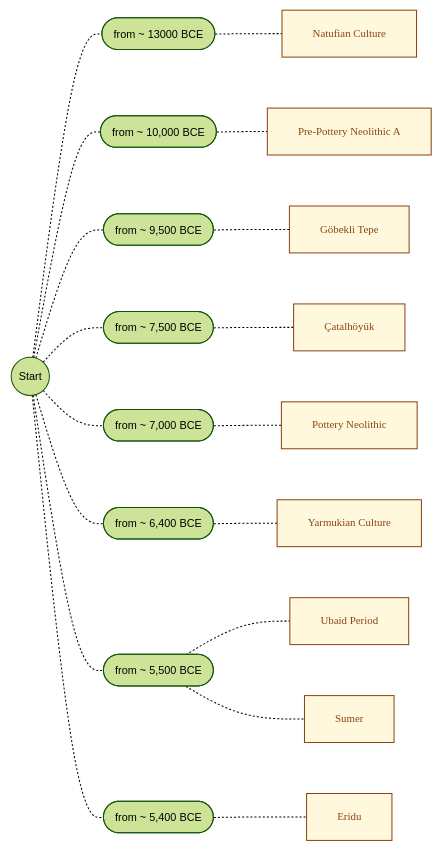
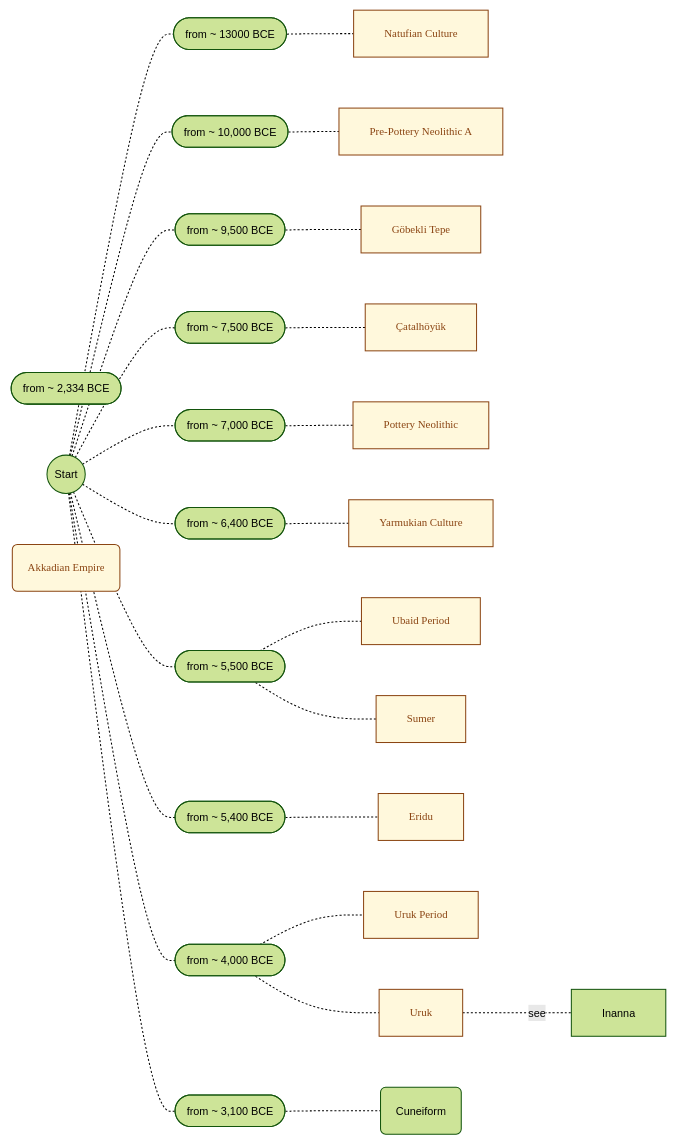
Before and after one commit to joe-dorward/samples: the diagram in 0000_General/mesopotamian_timeline_v1.01.md, drawn with Mermaid. The commit also changed other lines of this file, not shown here.

````diff
--- a/0000_General/mesopotamian_timeline_v1.01.md
+++ b/0000_General/mesopotamian_timeline_v1.01.md
@@ -5,57 +5,75 @@
 ```mermaid
 %%{init: { 'theme':'forest', 'themeVariables': { 'fontSize':'8pt' } }}%%
 flowchart LR
 classDef Note fill:cornsilk, stroke:saddlebrown, color:saddlebrown, font-family:verdana, text-align:left, line-height:150%, margin:0px, padding:0px;
 classDef Note_b fill:cornsilk, stroke:saddlebrown, color:saddlebrown, font-family:verdana, text-align:left, margin:0px, padding:0px, height:40px;
       START(("Start"))
 
       13000([from ~ 13000 BCE])
       NATUFIAN[Natufian Culture]
       click NATUFIAN "https://en.wikipedia.org/wiki/Natufian_culture" _blank
 
       10000([from ~ 10,000 BCE])
       PRE_POTTERY_NEOLITHIC_A[Pre-Pottery Neolithic A]
       click PRE_POTTERY_NEOLITHIC_A "https://en.wikipedia.org/wiki/Pre-Pottery_Neolithic_A" _blank
 
       9500([from ~ 9,500 BCE])
       GOBEKLI_TEPE[Göbekli Tepe]
       click GOBEKLI_TEPE "https://en.wikipedia.org/wiki/Göbekli_Tepe" _blank
 
       7500([from ~ 7,500 BCE])
       CATALHOYUK[Çatalhöyük]
       click CATALHOYUK "https://en.wikipedia.org/wiki/Çatalhöyük" _blank
 
       7000([from ~ 7,000 BCE])
       POTTERY_NEOLITHIC[Pottery Neolithic]
 
       6400([from ~ 6,400 BCE])
       YARNUKIAN[Yarmukian Culture]
       click YARNUKIAN "https://en.wikipedia.org/wiki/Yarmukian_culture" _blank
 
       5500([from ~ 5,500 BCE])
             UBAID[Ubaid Period]
             click UBAID "https://en.wikipedia.org/wiki/Ubaid_period" _blank
             SUMER[Sumer]
             click SUMER "https://en.wikipedia.org/wiki/Sumer" _blank
 
       5400([from ~ 5,400 BCE])
       ERIDU[Eridu]
       click ERIDU "https://en.wikipedia.org/wiki/Eridu" _blank
 
+      4000([from ~ 4,000 BCE])
+            URUK_PERIOD[Uruk Period]
+            click URUK_PERIOD "https://en.wikipedia.org/wiki/Uruk_period" _blank
+
+            URUK[Uruk]
+            click URUK "https://en.wikipedia.org/wiki/Uruk" _blank
+
+            INANNA[Inanna]
+            click INANNA "https://en.wikipedia.org/wiki/Inanna" _blank
+
+      3100([from ~ 3,100 BCE])
+            CUNEIFORM(Cuneiform)
+            click CUNEIFORM "https://en.wikipedia.org/wiki/Cuneiform" _blank
+
+      2334([from ~ 2,334 BCE])
+            AKKADIAN_EMPIRE(Akkadian Empire)
+            click AKKADIAN_EMPIRE "https://en.wikipedia.org/wiki/Akkadian_Empire" _blank
 
 
-      class NATUFIAN,PRE_POTTERY_NEOLITHIC_A,GOBEKLI_TEPE,CATALHOYUK,POTTERY_NEOLITHIC,YARNUKIAN,UBAID,SUMER,ERIDU Note;
 
+      class NATUFIAN,PRE_POTTERY_NEOLITHIC_A,GOBEKLI_TEPE,CATALHOYUK,POTTERY_NEOLITHIC,YARNUKIAN,UBAID,SUMER,ERIDU,URUK_PERIOD,URUK,AKKADIAN_EMPIRE Note;
       %% ========== ========== ========== ========== ==========
       START-.-13000-.-NATUFIAN
       START-.-10000-.-PRE_POTTERY_NEOLITHIC_A
       START-.-9500-.-GOBEKLI_TEPE
       START-.-7500-.-CATALHOYUK
       START-.-7000-.-POTTERY_NEOLITHIC
       START-.-6400-.-YARNUKIAN
       START-.-5500-.-UBAID
               5500-.-SUMER
       START-.-5400-.-ERIDU
-     
-      
+      START-.-4000-.-URUK_PERIOD
+              4000-.-URUK-."see".-INANNA
+      START-.-3100-.-CUNEIFORM
 ```
````
